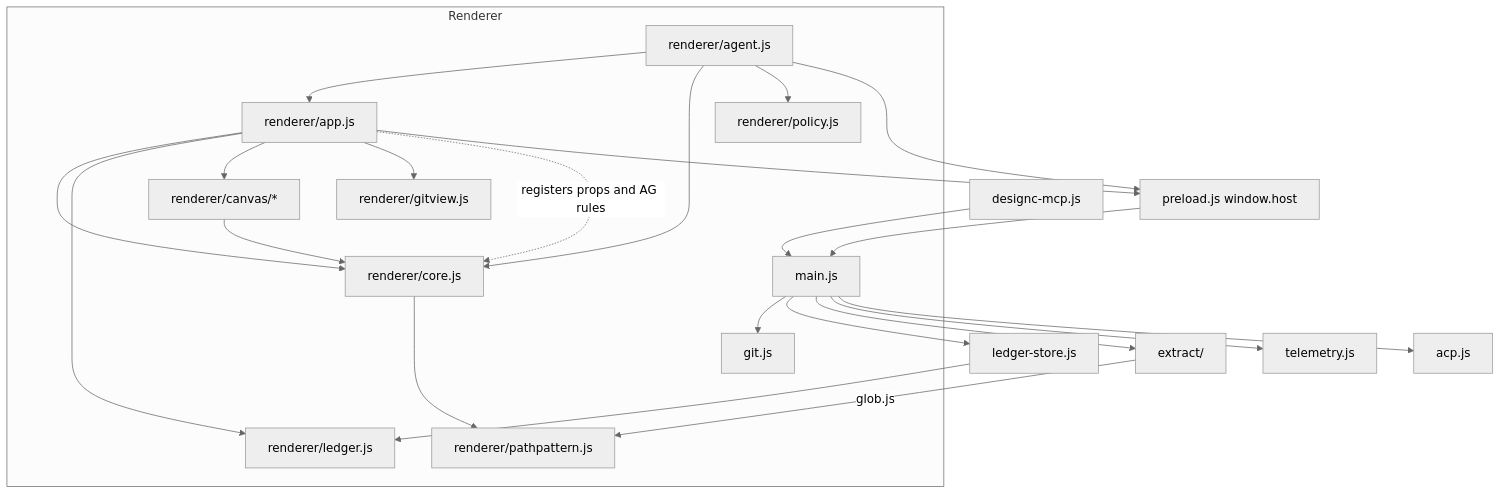
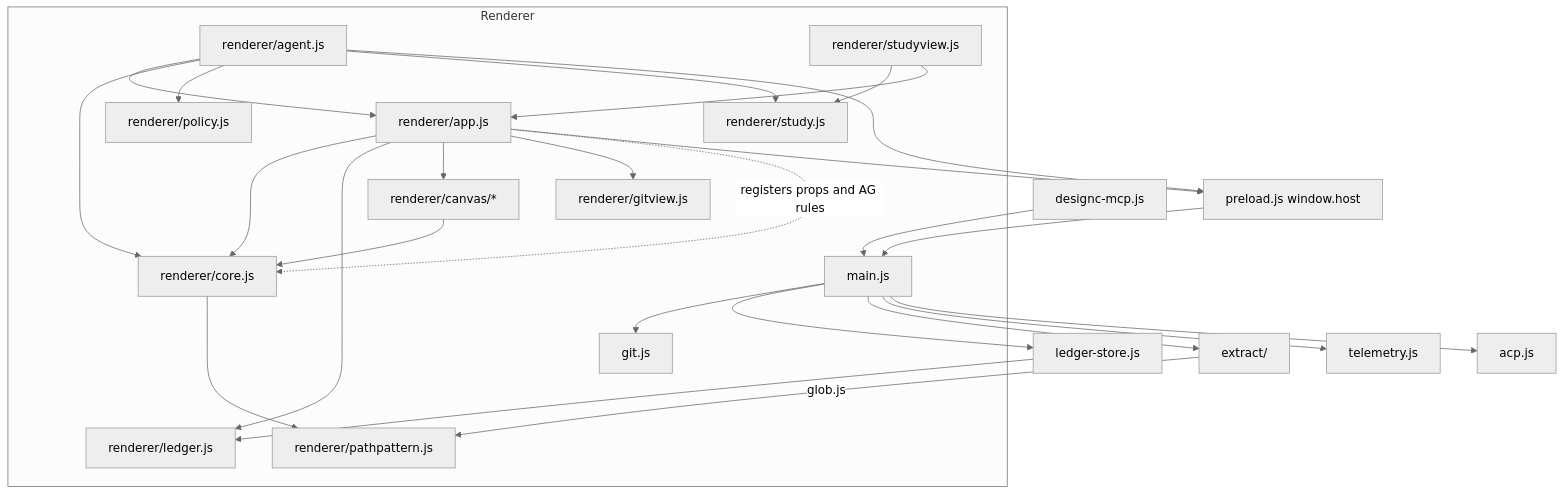
The second of 2 diagrams in ARCHITECTURE.md (xMikeTR/designc), drawn with Mermaid (neutral theme) before and after one commit. The commit also changed other lines of this file and 48 other files, not shown here.

````diff
--- a/ARCHITECTURE.md
+++ b/ARCHITECTURE.md
@@ -106,26 +108,29 @@
 ```mermaid
 graph TD
   subgraph Renderer
     app[renderer/app.js] --> core[renderer/core.js]
     app --> ledger[renderer/ledger.js]
     app --> canvas[renderer/canvas/*]
     agent[renderer/agent.js] --> app
     agent --> core
     agent --> policy[renderer/policy.js]
+    agent --> study[renderer/study.js]
+    studyview[renderer/studyview.js] --> study
+    studyview --> app
     main --> gitmod[git.js]
     app --> gitview[renderer/gitview.js]
     canvas --> core
     core --> pp[renderer/pathpattern.js]
     app -. registers props and AG rules .-> core
   end
   app --> host[preload.js window.host]
   agent --> host
   host --> main[main.js]
   main --> store[ledger-store.js]
   store --> ledger
   main --> extract[extract/]
   extract -->|glob.js| pp
   main --> telemetry[telemetry.js]
   main --> acp[acp.js]
   mcp[designc-mcp.js] --> main
 ```
````
